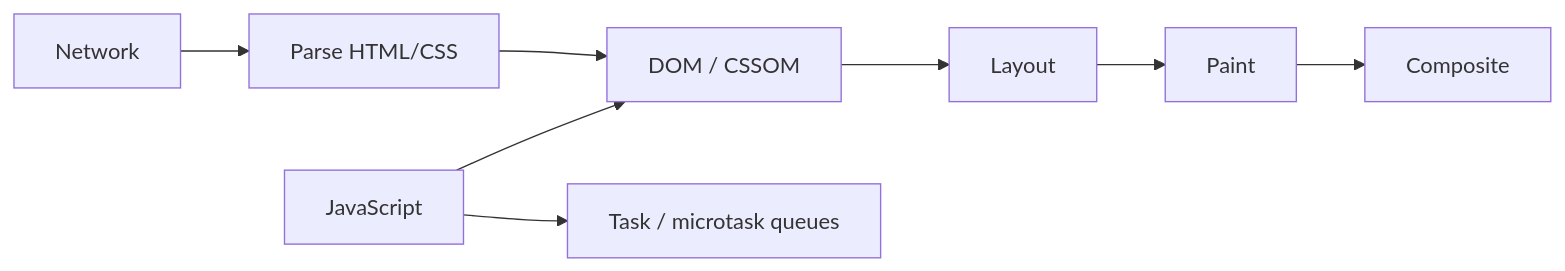
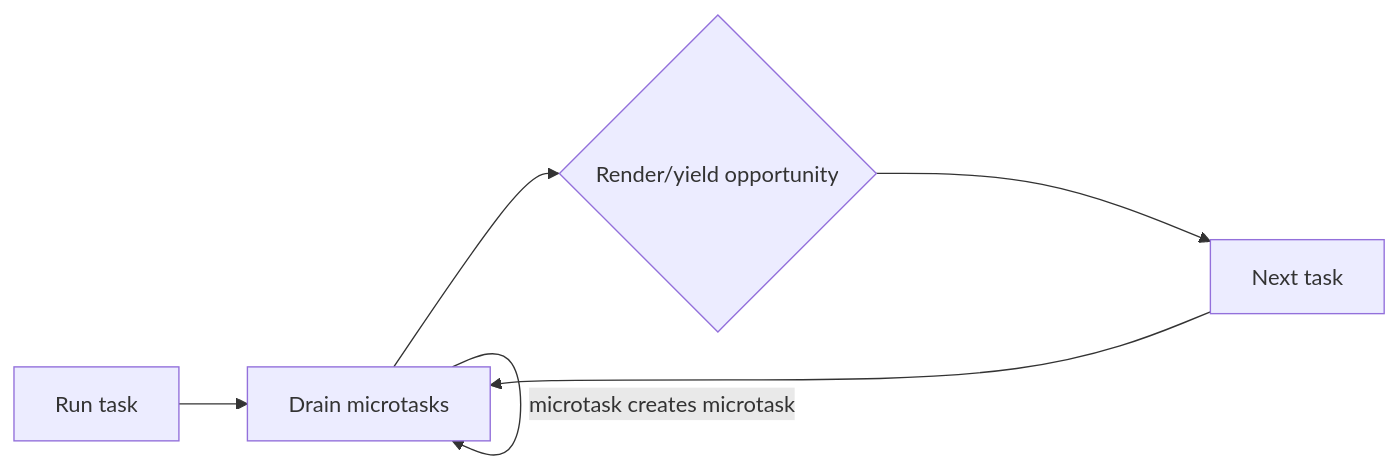
The diagram in docs/11-frontend-mobile/01-browser-event-loop-rendering.md (cebrailbagatarhan/software-engineering-interview-roadmap), drawn with Mermaid before and after one commit. The commit also changed other lines of this file, not shown here.

Commit message:
Expand browser event loop chapter with microtask starvation

````diff
--- a/docs/11-frontend-mobile/01-browser-event-loop-rendering.md
+++ b/docs/11-frontend-mobile/01-browser-event-loop-rendering.md
@@ -5,10 +5,8 @@
 ```mermaid
 flowchart LR
-  N[Network] --> P[Parse HTML/CSS]
-  P --> D[DOM / CSSOM]
-  D --> L[Layout]
-  L --> Paint[Paint]
-  Paint --> C[Composite]
-  JS[JavaScript] --> D
-  JS --> Q[Task / microtask queues]
+  T[Run task] --> M[Drain microtasks]
+  M --> R{Render/yield opportunity}
+  R --> N[Next task]
+  N --> M
+  M -->|microtask creates microtask| M
 ```
````
